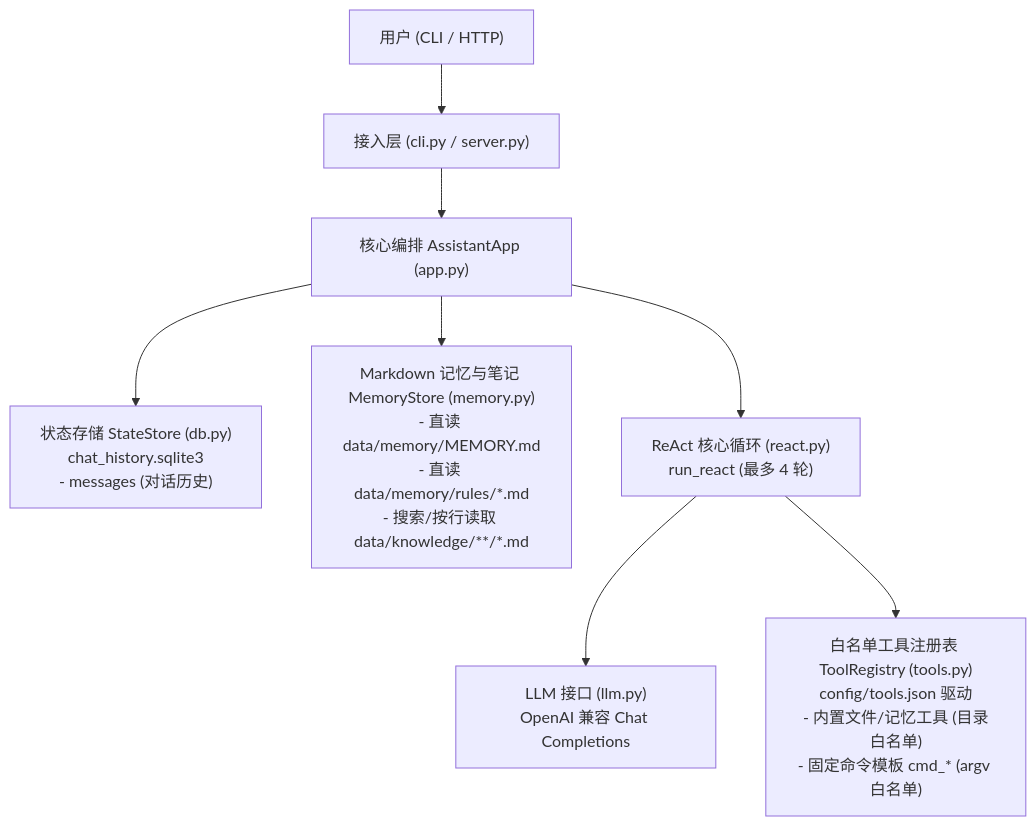
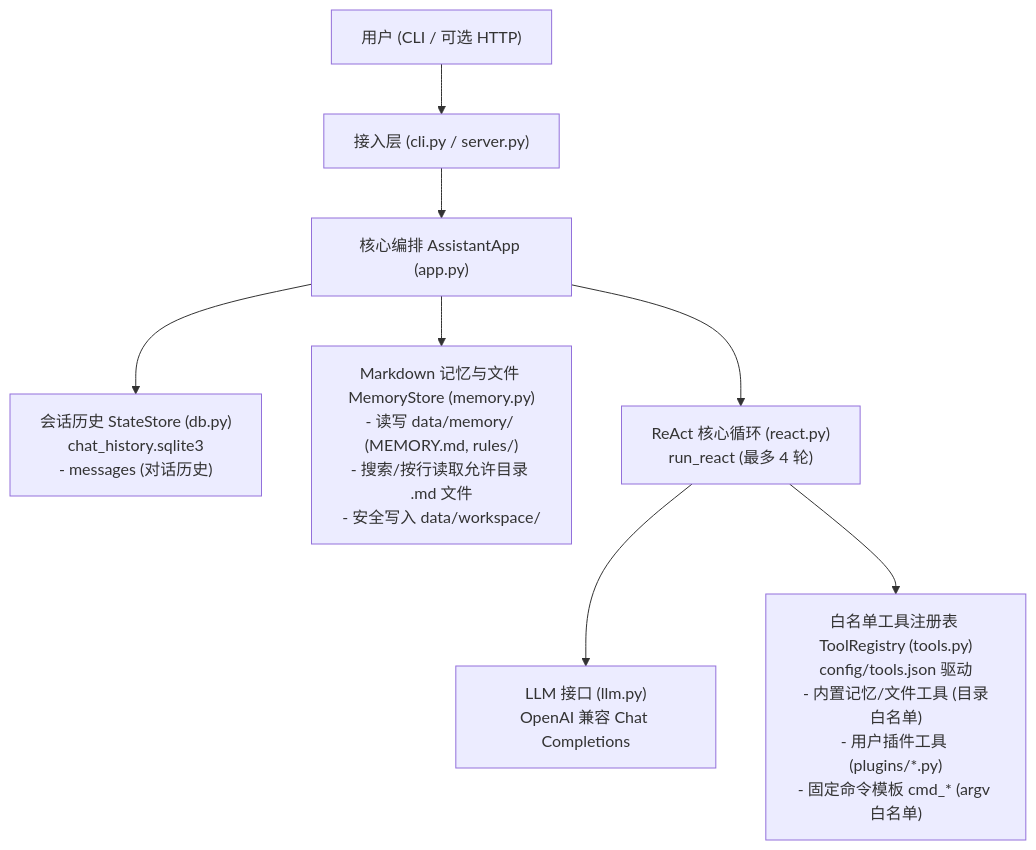
Before and after one commit to geng628/my-helper: the diagram in docs/mvp-design.md, drawn with Mermaid. The commit also changed other lines of this file and 16 other files, not shown here.

````diff
--- a/docs/mvp-design.md
+++ b/docs/mvp-design.md
@@ -29,10 +25,10 @@
 ```mermaid
 flowchart TD
-    User["用户 (CLI / HTTP)"] --> Entry["接入层 (cli.py / server.py)"]
+    User["用户 (CLI / 可选 HTTP)"] --> Entry["接入层 (cli.py / server.py)"]
     Entry --> App["核心编排 AssistantApp (app.py)"]
-    App --> State["状态存储 StateStore (db.py)\nchat_history.sqlite3\n- messages (对话历史)"]
-    App --> Mem["Markdown 记忆与笔记 MemoryStore (memory.py)\n- 直读 data/memory/MEMORY.md\n- 直读 data/memory/rules/*.md\n- 搜索/按行读取 data/knowledge/**/*.md"]
+    App --> State["会话历史 StateStore (db.py)\nchat_history.sqlite3\n- messages (对话历史)"]
+    App --> Mem["Markdown 记忆与文件 MemoryStore (memory.py)\n- 读写 data/memory/ (MEMORY.md, rules/)\n- 搜索/按行读取允许目录 .md 文件\n- 安全写入 data/workspace/"]
     App --> Loop["ReAct 核心循环 (react.py)\nrun_react (最多 4 轮)"]
     Loop --> LLM["LLM 接口 (llm.py)\nOpenAI 兼容 Chat Completions"]
-    Loop --> Tools["白名单工具注册表 ToolRegistry (tools.py)\nconfig/tools.json 驱动\n- 内置文件/记忆工具 (目录白名单)\n- 固定命令模板 cmd_* (argv 白名单)"]
+    Loop --> Tools["白名单工具注册表 ToolRegistry (tools.py)\nconfig/tools.json 驱动\n- 内置记忆/文件工具 (目录白名单)\n- 用户插件工具 (plugins/*.py)\n- 固定命令模板 cmd_* (argv 白名单)"]
 ```
````
